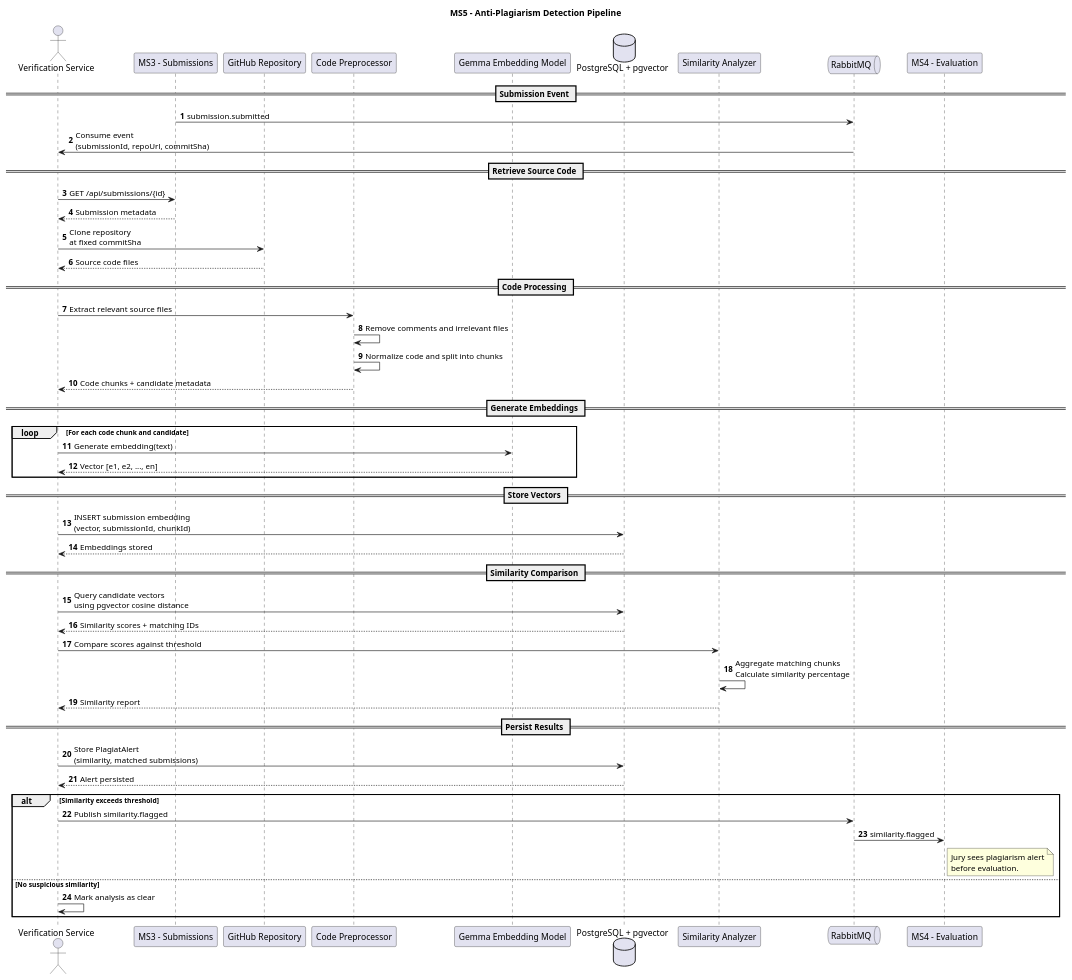
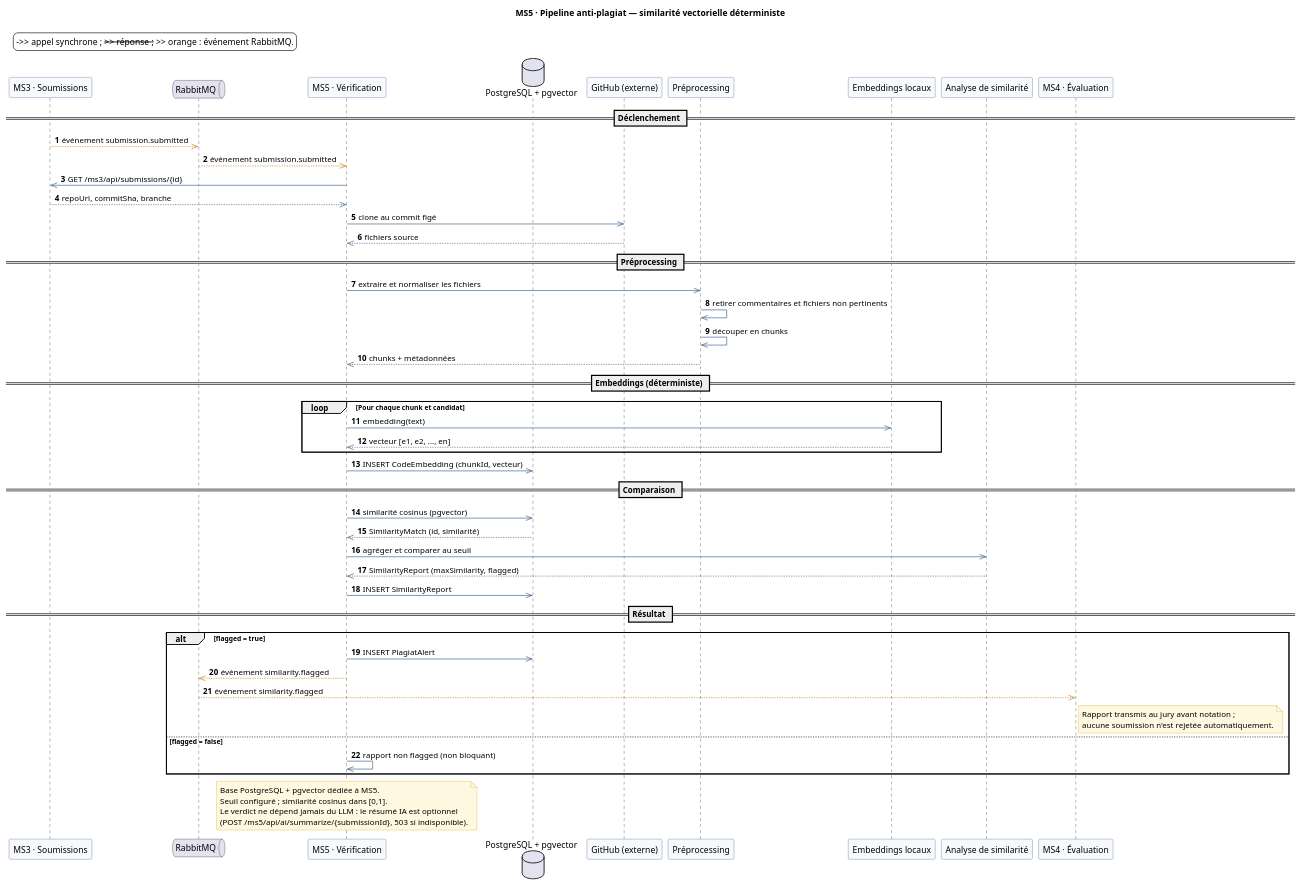
The diagram in docs/Diagrams/Verification/similarity.puml (reemslama/mini-projet-web), drawn with PlantUML before and after one commit. The commit also changed other lines of this file and 40 other files, not shown here.

Commit message:
docs: expand technical document and rebuild UML diagrams

```diff
--- a/docs/Diagrams/Verification/similarity.puml
+++ b/docs/Diagrams/Verification/similarity.puml
@@ -2,73 +1,82 @@
 @startuml
-title MS5 - Anti-Plagiarism Detection Pipeline
+title MS5 · Pipeline anti-plagiat — similarité vectorielle déterministe
 
+skinparam backgroundColor #FFFFFF
+skinparam shadowing false
+skinparam FontName Helvetica
+skinparam FontSize 12
+skinparam ArrowColor #2E5A88
+skinparam ParticipantBackgroundColor #F7F9FC
+skinparam ParticipantBorderColor #2E5A88
+skinparam ActorBorderColor #2E5A88
+skinparam NoteBackgroundColor #FFF8E1
+skinparam NoteBorderColor #D9A400
 autonumber
 
-actor "Verification Service" as MS5
-participant "MS3 - Submissions" as MS3
-participant "GitHub Repository" as GitHub
-participant "Code Preprocessor" as Prep
-participant "Gemma Embedding Model" as Gemma
+legend top left
+  ->> appel synchrone ; -->> réponse ; -->> orange : événement RabbitMQ.
+end legend
+
+participant "MS3 · Soumissions" as MS3
+queue "RabbitMQ" as RMQ
+participant "MS5 · Vérification" as MS5
 database "PostgreSQL + pgvector" as DB
-participant "Similarity Analyzer" as Analyzer
-queue "RabbitMQ" as MQ
-participant "MS4 - Evaluation" as MS4
+participant "GitHub (externe)" as GH
+participant "Préprocessing" as PREP
+participant "Embeddings locaux" as EMB
+participant "Analyse de similarité" as ANALYZER
+participant "MS4 · Évaluation" as MS4
 
-== Submission Event ==
+== Déclenchement ==
 
-MS3 -> MQ: submission.submitted
-MQ -> MS5: Consume event\n(submissionId, repoUrl, commitSha)
+MS3 --[#C07400]>> RMQ : événement submission.submitted
+RMQ --[#C07400]>> MS5 : événement submission.submitted
+MS5 ->> MS3 : GET /ms3/api/submissions/{id}
+MS3 -->> MS5 : repoUrl, commitSha, branche
+MS5 ->> GH : clone au commit figé
+GH -->> MS5 : fichiers source
 
-== Retrieve Source Code ==
+== Préprocessing ==
 
-MS5 -> MS3: GET /api/submissions/{id}
-MS3 --> MS5: Submission metadata
+MS5 ->> PREP : extraire et normaliser les fichiers
+PREP ->> PREP : retirer commentaires et fichiers non pertinents
+PREP ->> PREP : découper en chunks
+PREP -->> MS5 : chunks + métadonnées
 
-MS5 -> GitHub: Clone repository\nat fixed commitSha
-GitHub --> MS5: Source code files
+== Embeddings (déterministe) ==
 
-== Code Processing ==
+loop Pour chaque chunk et candidat
+  MS5 ->> EMB : embedding(text)
+  EMB -->> MS5 : vecteur [e1, e2, ..., en]
+end
+MS5 ->> DB : INSERT CodeEmbedding (chunkId, vecteur)
 
-MS5 -> Prep: Extract relevant source files
-Prep -> Prep: Remove comments and irrelevant files
-Prep -> Prep: Normalize code and split into chunks
-Prep --> MS5: Code chunks + candidate metadata
+== Comparaison ==
 
-== Generate Embeddings ==
+MS5 ->> DB : similarité cosinus (pgvector)
+DB -->> MS5 : SimilarityMatch (id, similarité)
+MS5 ->> ANALYZER : agréger et comparer au seuil
+ANALYZER -->> MS5 : SimilarityReport (maxSimilarity, flagged)
+MS5 ->> DB : INSERT SimilarityReport
 
-loop For each code chunk and candidate
-    MS5 -> Gemma: Generate embedding(text)
-    Gemma --> MS5: Vector [e1, e2, ..., en]
+== Résultat ==
+
+alt flagged = true
+  MS5 ->> DB : INSERT PlagiatAlert
+  MS5 --[#C07400]>> RMQ : événement similarity.flagged
+  RMQ --[#C07400]>> MS4 : événement similarity.flagged
+  note right of MS4
+    Rapport transmis au jury avant notation ;
+    aucune soumission n'est rejetée automatiquement.
+  end note
+else flagged = false
+  MS5 ->> MS5 : rapport non flagged (non bloquant)
 end
 
-== Store Vectors ==
-
-MS5 -> DB: INSERT submission embedding\n(vector, submissionId, chunkId)
-DB --> MS5: Embeddings stored
-
-== Similarity Comparison ==
-
-MS5 -> DB: Query candidate vectors\nusing pgvector cosine distance
-DB --> MS5: Similarity scores + matching IDs
-
-MS5 -> Analyzer: Compare scores against threshold
-Analyzer -> Analyzer: Aggregate matching chunks\nCalculate similarity percentage
-Analyzer --> MS5: Similarity report
-
-== Persist Results ==
-
-MS5 -> DB: Store PlagiatAlert\n(similarity, matched submissions)
-DB --> MS5: Alert persisted
-
-alt Similarity exceeds threshold
-    MS5 -> MQ: Publish similarity.flagged
-    MQ -> MS4: similarity.flagged
-    note right of MS4
-      Jury sees plagiarism alert
-      before evaluation.
-    end note
-else No suspicious similarity
-    MS5 -> MS5: Mark analysis as clear
-end
-
+note over MS5
+  Base PostgreSQL + pgvector dédiée à MS5.
+  Seuil configuré ; similarité cosinus dans [0,1].
+  Le verdict ne dépend jamais du LLM : le résumé IA est optionnel
+  (POST /ms5/api/ai/summarize/{submissionId}, 503 si indisponible).
+end note
 @enduml
```
